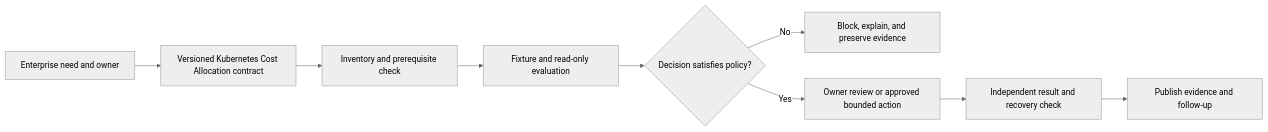
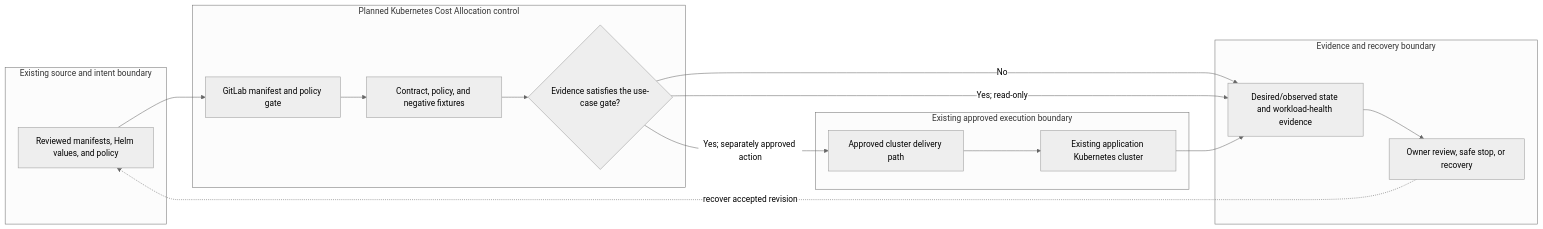
Before and after one commit to MIDHTECH/enterprise-architecture-docs: the diagram in docs/use-cases/kubernetes/UC-K8S-013-kubernetes-cost-allocation.md, drawn with Mermaid (neutral theme). The commit also changed other lines of this file and 227 other files, not shown here.

Commit message:
Deepen architecture for all use case designs

````diff
--- a/docs/use-cases/kubernetes/UC-K8S-013-kubernetes-cost-allocation.md
+++ b/docs/use-cases/kubernetes/UC-K8S-013-kubernetes-cost-allocation.md
@@ -136,11 +129,25 @@
 ```mermaid
 flowchart LR
-    Need["Enterprise need and owner"] --> Contract["Versioned Kubernetes Cost Allocation contract"]
-    Contract --> Preflight["Inventory and prerequisite check"]
-    Preflight --> Evaluate["Fixture and read-only evaluation"]
-    Evaluate --> Decision{"Decision satisfies policy?"}
-    Decision -->|No| Stop["Block, explain, and preserve evidence"]
-    Decision -->|Yes| Review["Owner review or approved bounded action"]
-    Review --> Verify["Independent result and recovery check"]
-    Verify --> Publish["Publish evidence and follow-up"]
+    subgraph Source["Existing source and intent boundary"]
+        A["Reviewed manifests, Helm values, and policy"]
+    end
+    subgraph Planned["Planned Kubernetes Cost Allocation control"]
+        B["GitLab manifest and policy gate"]
+        C["Contract, policy, and negative fixtures"]
+        D{"Evidence satisfies the use-case gate?"}
+    end
+    subgraph Runtime["Existing approved execution boundary"]
+        E["Approved cluster delivery path"]
+        F["Existing application Kubernetes cluster"]
+    end
+    subgraph Assurance["Evidence and recovery boundary"]
+        G["Desired/observed state and workload-health evidence"]
+        H["Owner review, safe stop, or recovery"]
+    end
+
+    A --> B --> C --> D
+    D -->|No| G --> H
+    D -->|Yes; read-only| G
+    D -->|Yes; separately approved action| E --> F --> G
+    H -. recover accepted revision .-> A
 ```
````
